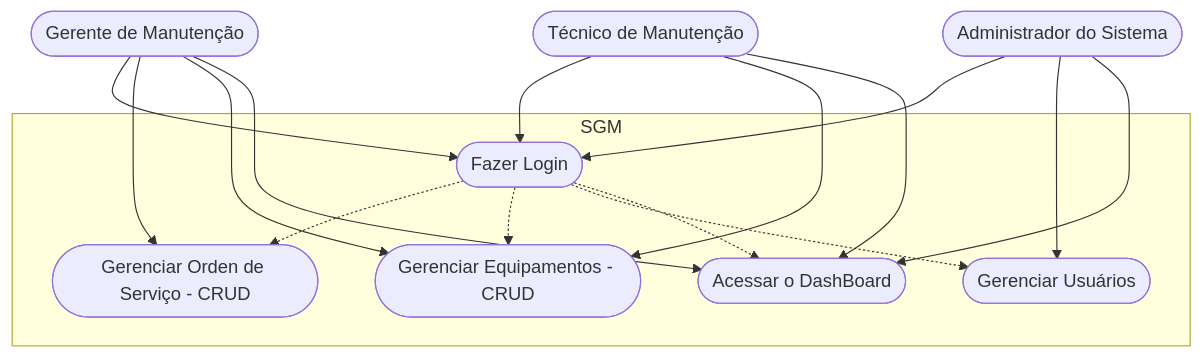
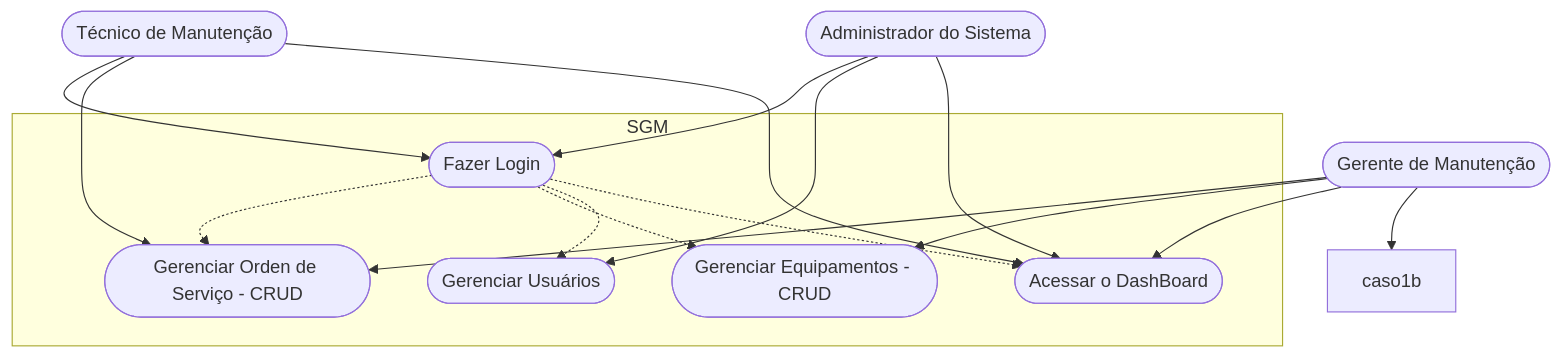
The second of 3 diagrams in FrameWorks/next/formativa-sgm/README.md (GuilhermeXavier08/FrontEnd), drawn with Mermaid before and after one commit. The commit also changed 6 other files, not shown here.

````diff
--- a/FrameWorks/next/formativa-sgm/README.md
+++ b/FrameWorks/next/formativa-sgm/README.md
@@ -105,35 +105,35 @@
 ```mermaid
 
 graph TD
 
     subgraph "SGM"
         caso1([Fazer Login])
         caso2([Gerenciar Orden de Serviço - CRUD])
         caso3([Gerenciar Equipamentos - CRUD])
         caso4([Gerenciar Usuários])
         caso5([Acessar o DashBoard])
     end
 
     Tecnico([Técnico de Manutenção])
     Gerente([Gerente de Manutenção])
     Admin([Administrador do Sistema])
 
     Tecnico --> caso1
-    Tecnico --> caso3
+    Tecnico --> caso2
     Tecnico --> caso5
 
-    Gerente --> caso1
+    Gerente --> caso1b
     Gerente --> caso2
     Gerente --> caso3
     Gerente --> caso5
 
     Admin --> caso1
     Admin --> caso4
     Admin --> caso5
 
     caso1 -.-> caso2
     caso1 -.-> caso3
     caso1 -.-> caso4
     caso1 -.-> caso5
 
 ```
````
